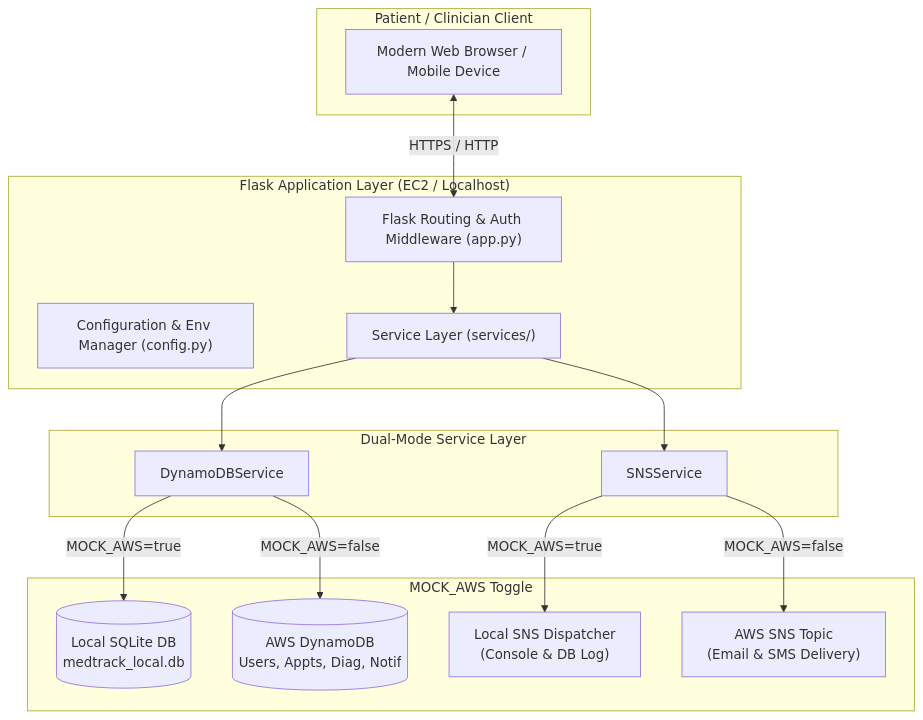
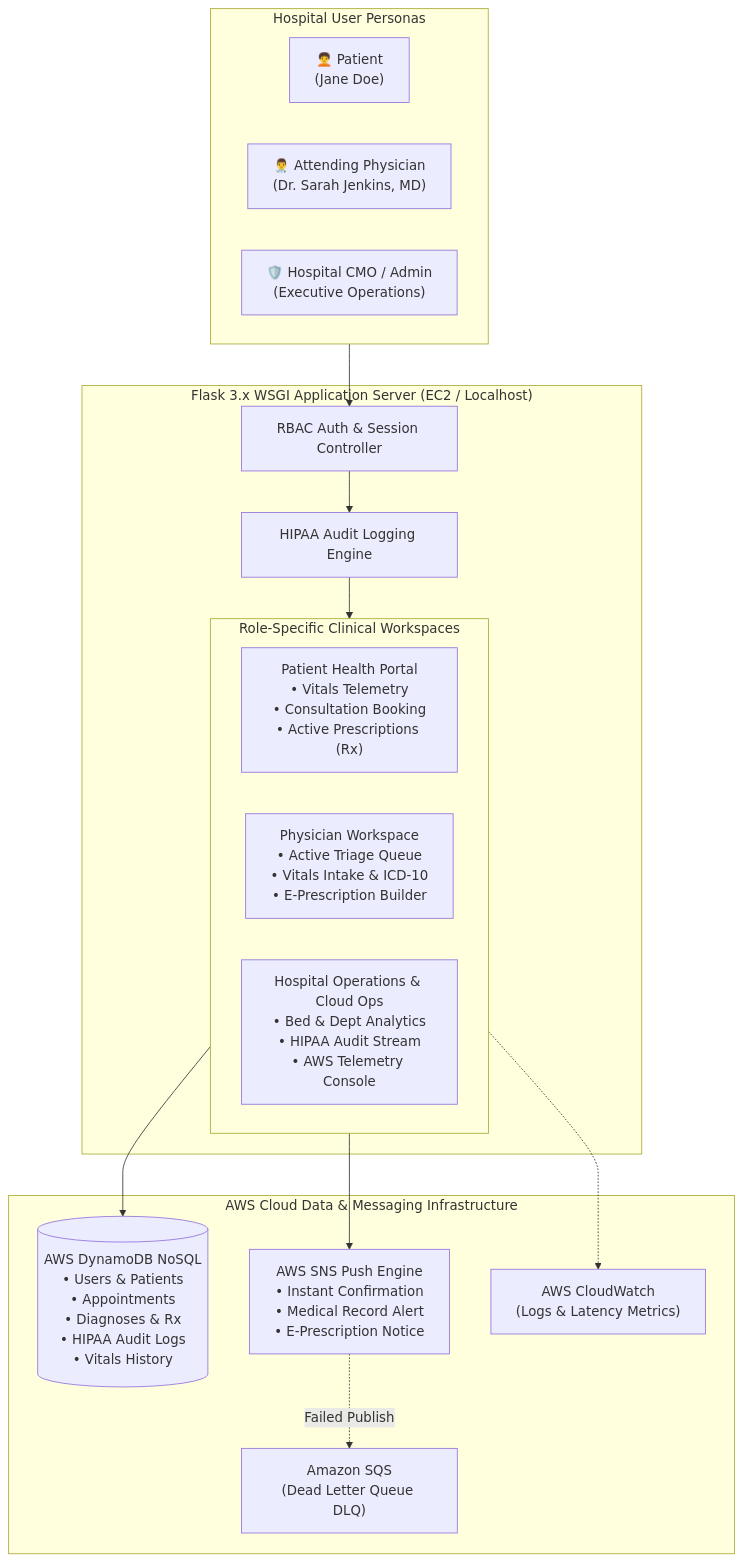
Before and after one commit to JohnsenAbraham/MedTrack: the first of 2 diagrams in README.md, drawn with Mermaid. The commit also changed other lines of this file and 26 other files, not shown here.

Commit message:
feat: redesign MedTrack as hospital-grade AWS healthcare platform with doctor queue, vitals, e-prescriptions, HIPAA audit trail, and IaC

````diff
--- a/README.md
+++ b/README.md
@@ -97,30 +50,34 @@
 ```mermaid
 flowchart TD
-    subgraph Client["Patient / Clinician Client"]
-        Browser["Modern Web Browser / Mobile Device"]
+    subgraph Users["Hospital User Personas"]
+        Patient["🧑‍🦱 Patient\n(Jane Doe)"]
+        Doctor["👨‍⚕️ Attending Physician\n(Dr. Sarah Jenkins, MD)"]
+        Admin["🛡️ Hospital CMO / Admin\n(Executive Operations)"]
     end
 
-    subgraph AppServer["Flask Application Layer (EC2 / Localhost)"]
-        Routes["Flask Routing & Auth Middleware (app.py)"]
-        Config["Configuration & Env Manager (config.py)"]
-        Services["Service Layer (services/)"]
-        Routes --> Services
+    subgraph AppLayer["Flask 3.x WSGI Application Server (EC2 / Localhost)"]
+        Auth["RBAC Auth & Session Controller"]
+        AuditMiddleware["HIPAA Audit Logging Engine"]
+        
+        subgraph Portals["Role-Specific Clinical Workspaces"]
+            PatientPortal["Patient Health Portal\n• Vitals Telemetry\n• Consultation Booking\n• Active Prescriptions (Rx)"]
+            DoctorWorkspace["Physician Workspace\n• Active Triage Queue\n• Vitals Intake & ICD-10\n• E-Prescription Builder"]
+            AdminConsole["Hospital Operations & Cloud Ops\n• Bed & Dept Analytics\n• HIPAA Audit Stream\n• AWS Telemetry Console"]
+        end
     end
 
-    subgraph ServiceLayer["Dual-Mode Service Layer"]
-        DynamoService["DynamoDBService"]
-        SNSService["SNSService"]
-        Services --> DynamoService
-        Services --> SNSService
+    subgraph AWSDataLayer["AWS Cloud Data & Messaging Infrastructure"]
+        DynamoDB[("AWS DynamoDB NoSQL\n• Users & Patients\n• Appointments\n• Diagnoses & Rx\n• HIPAA Audit Logs\n• Vitals History")]
+        SNS["AWS SNS Push Engine\n• Instant Confirmation\n• Medical Record Alert\n• E-Prescription Notice"]
+        SQS["Amazon SQS\n(Dead Letter Queue DLQ)"]
+        CloudWatch["AWS CloudWatch\n(Logs & Latency Metrics)"]
     end
 
-    subgraph ModeSwitch["MOCK_AWS Toggle"]
-        DynamoService -->|MOCK_AWS=true| LocalSQLite[("Local SQLite DB\nmedtrack_local.db")]
-        DynamoService -->|MOCK_AWS=false| AWSDynamo[("AWS DynamoDB\nUsers, Appts, Diag, Notif")]
-        
-        SNSService -->|MOCK_AWS=true| MockSNS["Local SNS Dispatcher\n(Console & DB Log)"]
-        SNSService -->|MOCK_AWS=false| AWSSNS["AWS SNS Topic\n(Email & SMS Delivery)"]
-    end
-
-    Browser <-->|HTTPS / HTTP| Routes
+    Users --> Auth
+    Auth --> AuditMiddleware
+    AuditMiddleware --> Portals
+    Portals --> DynamoDB
+    Portals --> SNS
+    SNS -.->|Failed Publish| SQS
+    Portals -.-> CloudWatch
 ```
````
